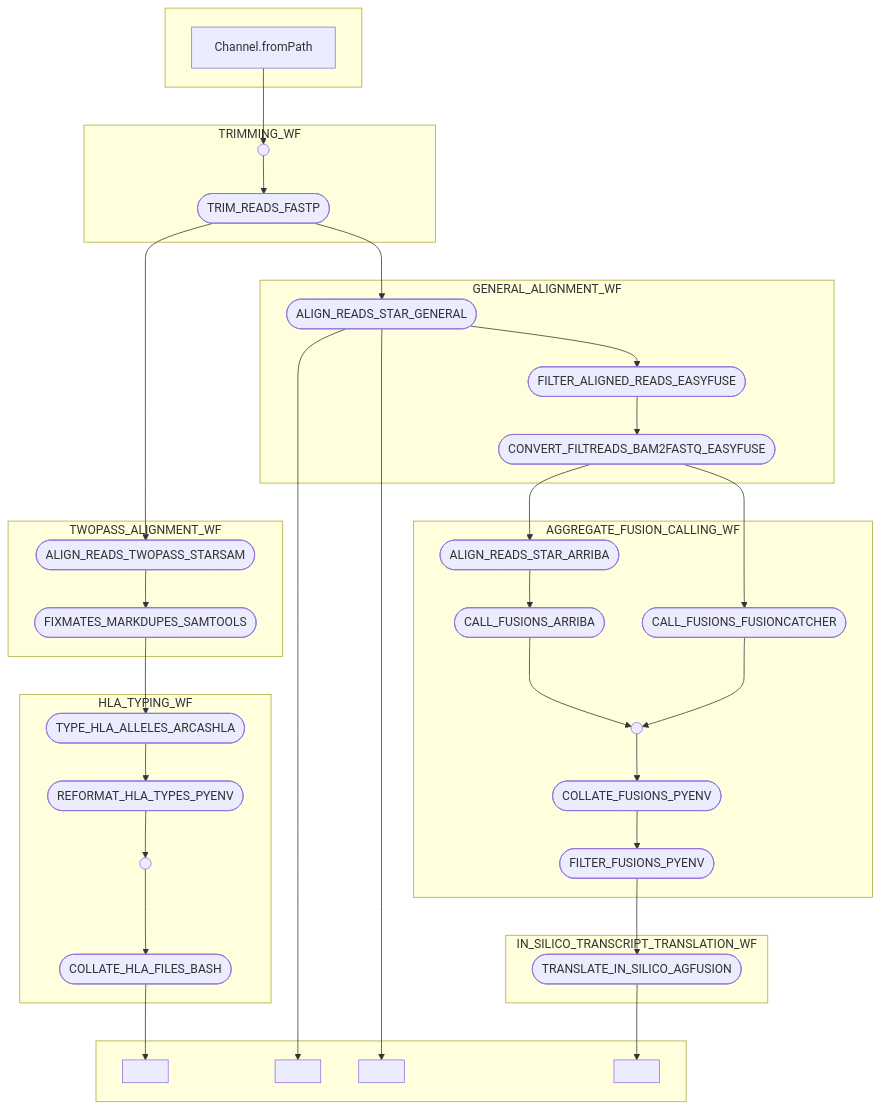
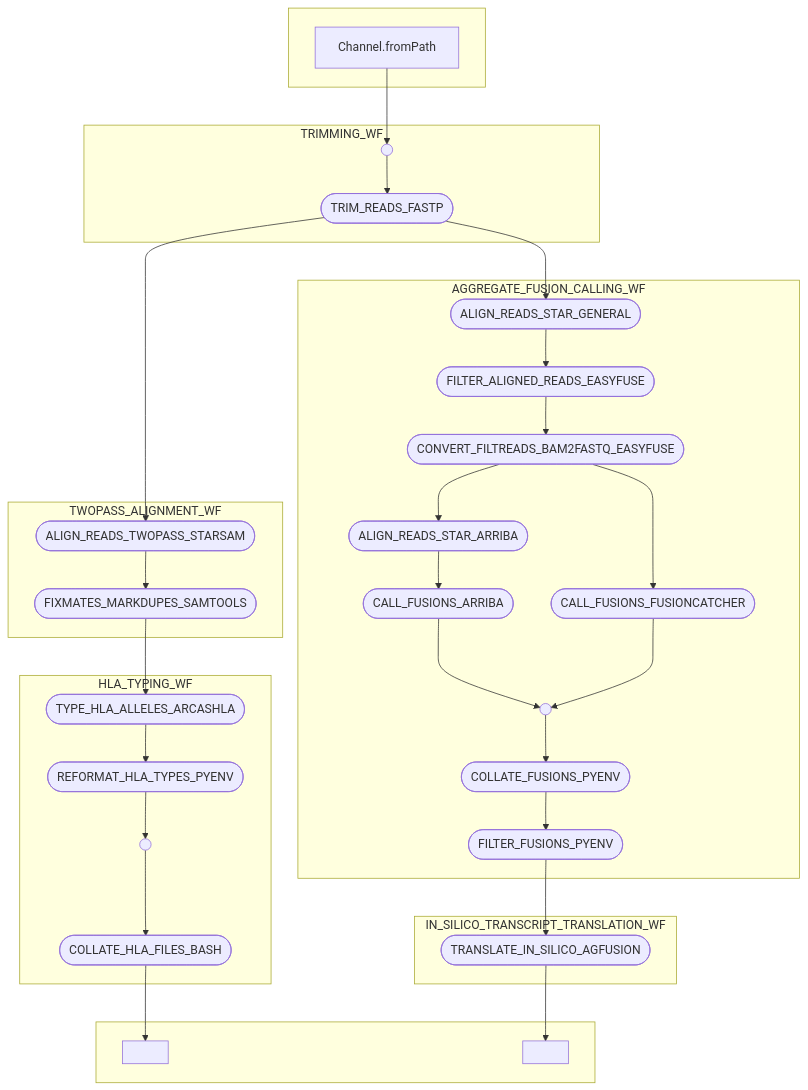
Before and after one commit to cancer-research-malaysia/NeonDisco: the diagram in dags/wf-v2-dag.mmd, drawn with Mermaid. The commit also changed 2 other files, not shown here.

```diff
--- a/dags/wf-v2-dag.mmd
+++ b/dags/wf-v2-dag.mmd
@@ -1,63 +1,57 @@
 flowchart TB
     subgraph " "
     v0["Channel.fromPath"]
     end
     subgraph TRIMMING_WF
     v4([TRIM_READS_FASTP])
     v1(( ))
     end
     subgraph TWOPASS_ALIGNMENT_WF
     v5([ALIGN_READS_TWOPASS_STARSAM])
     v6([FIXMATES_MARKDUPES_SAMTOOLS])
     end
     subgraph HLA_TYPING_WF
     v7([TYPE_HLA_ALLELES_ARCASHLA])
     v8([REFORMAT_HLA_TYPES_PYENV])
     v10([COLLATE_HLA_FILES_BASH])
     v9(( ))
     end
     subgraph " "
     v11[" "]
-    v13[" "]
-    v14[" "]
-    v24[" "]
-    end
-    subgraph GENERAL_ALIGNMENT_WF
-    v12([ALIGN_READS_STAR_GENERAL])
-    v15([FILTER_ALIGNED_READS_EASYFUSE])
-    v16([CONVERT_FILTREADS_BAM2FASTQ_EASYFUSE])
+    v22[" "]
     end
     subgraph AGGREGATE_FUSION_CALLING_WF
-    v17([ALIGN_READS_STAR_ARRIBA])
-    v18([CALL_FUSIONS_ARRIBA])
-    v19([CALL_FUSIONS_FUSIONCATCHER])
-    v21([COLLATE_FUSIONS_PYENV])
-    v22([FILTER_FUSIONS_PYENV])
-    v20(( ))
+    v12([ALIGN_READS_STAR_GENERAL])
+    v13([FILTER_ALIGNED_READS_EASYFUSE])
+    v14([CONVERT_FILTREADS_BAM2FASTQ_EASYFUSE])
+    v15([ALIGN_READS_STAR_ARRIBA])
+    v16([CALL_FUSIONS_ARRIBA])
+    v17([CALL_FUSIONS_FUSIONCATCHER])
+    v19([COLLATE_FUSIONS_PYENV])
+    v20([FILTER_FUSIONS_PYENV])
+    v18(( ))
     end
     subgraph IN_SILICO_TRANSCRIPT_TRANSLATION_WF
-    v23([TRANSLATE_IN_SILICO_AGFUSION])
+    v21([TRANSLATE_IN_SILICO_AGFUSION])
     end
     v0 --> v1
     v1 --> v4
     v4 --> v5
     v4 --> v12
     v5 --> v6
     v6 --> v7
     v7 --> v8
     v8 --> v9
     v9 --> v10
     v10 --> v11
-    v12 --> v15
-    v12 --> v14
     v12 --> v13
+    v13 --> v14
+    v14 --> v15
+    v14 --> v17
     v15 --> v16
-    v16 --> v17
-    v16 --> v19
+    v16 --> v18
     v17 --> v18
-    v18 --> v20
+    v18 --> v19
     v19 --> v20
     v20 --> v21
     v21 --> v22
-    v22 --> v23
-    v23 --> v24
```
